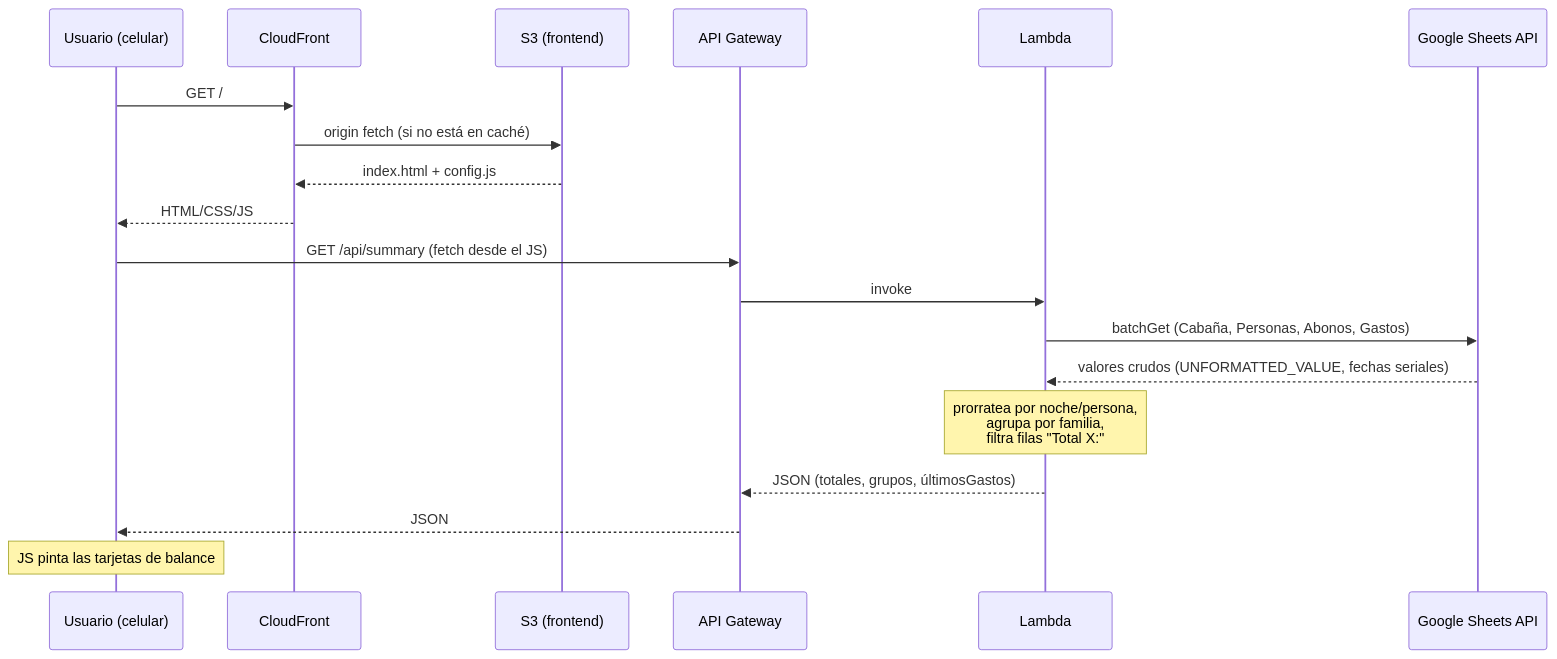
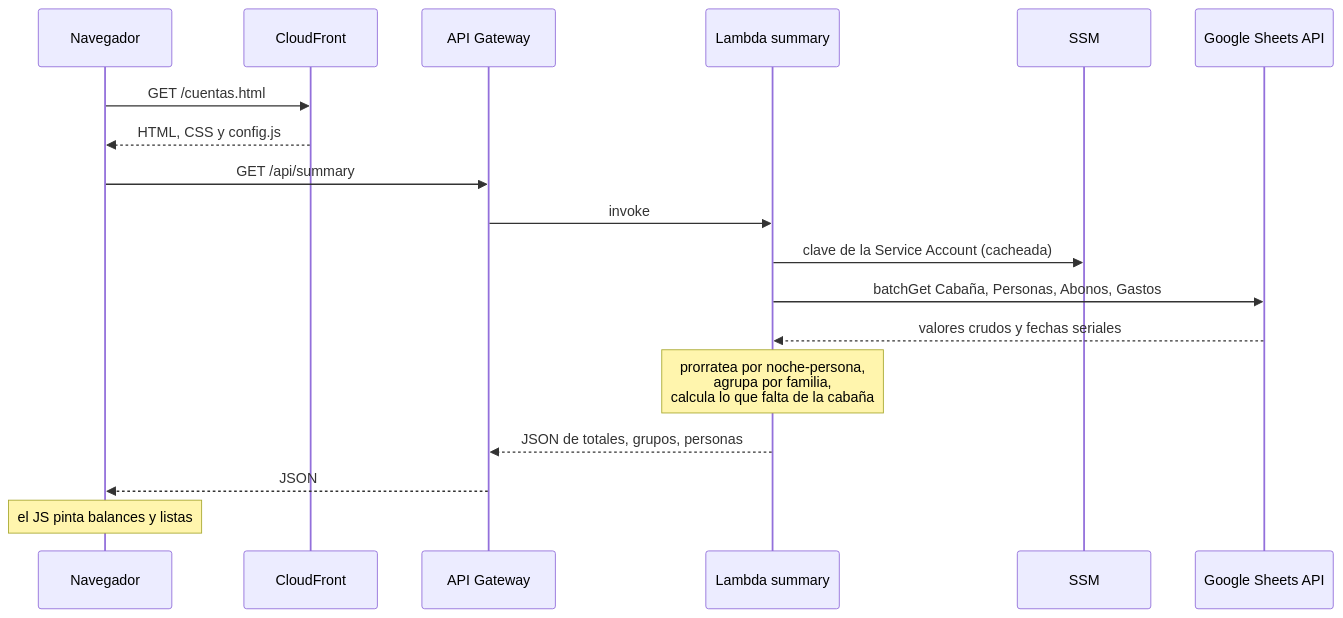
One commit to Portfolio-jaime/trip-covenas changed the third of 9 diagrams in docs/ARQUITECTURA.md. Above: the diagram before and after it, drawn with Mermaid. The commit also changed other lines of this file and 126 other files, not shown here.

First line of the commit message:
docs: README y arquitectura con diagramas; dejar de versionar chats de WhatsApp (#8)

````diff
--- a/docs/ARQUITECTURA.md
+++ b/docs/ARQUITECTURA.md
@@ -44,23 +116,21 @@
 ```mermaid
 sequenceDiagram
-    participant U as Usuario (celular)
+    participant U as Navegador
     participant CF as CloudFront
-    participant S3 as S3 (frontend)
     participant AG as API Gateway
-    participant L as Lambda
+    participant L as Lambda summary
+    participant SSM as SSM
     participant GS as Google Sheets API
 
-    U->>CF: GET /
-    CF->>S3: origin fetch (si no está en caché)
-    S3-->>CF: index.html + config.js
-    CF-->>U: HTML/CSS/JS
-
-    U->>AG: GET /api/summary (fetch desde el JS)
+    U->>CF: GET /cuentas.html
+    CF-->>U: HTML, CSS y config.js
+    U->>AG: GET /api/summary
     AG->>L: invoke
-    L->>GS: batchGet (Cabaña, Personas, Abonos, Gastos)
-    GS-->>L: valores crudos (UNFORMATTED_VALUE, fechas seriales)
-    Note over L: prorratea por noche/persona,<br/>agrupa por familia,<br/>filtra filas "Total X:"
-    L-->>AG: JSON (totales, grupos, últimosGastos)
+    L->>SSM: clave de la Service Account (cacheada)
+    L->>GS: batchGet Cabaña, Personas, Abonos, Gastos
+    GS-->>L: valores crudos y fechas seriales
+    Note over L: prorratea por noche-persona,<br/>agrupa por familia,<br/>calcula lo que falta de la cabaña
+    L-->>AG: JSON de totales, grupos, personas
     AG-->>U: JSON
-    Note over U: JS pinta las tarjetas de balance
+    Note over U: el JS pinta balances y listas
 ```
````
